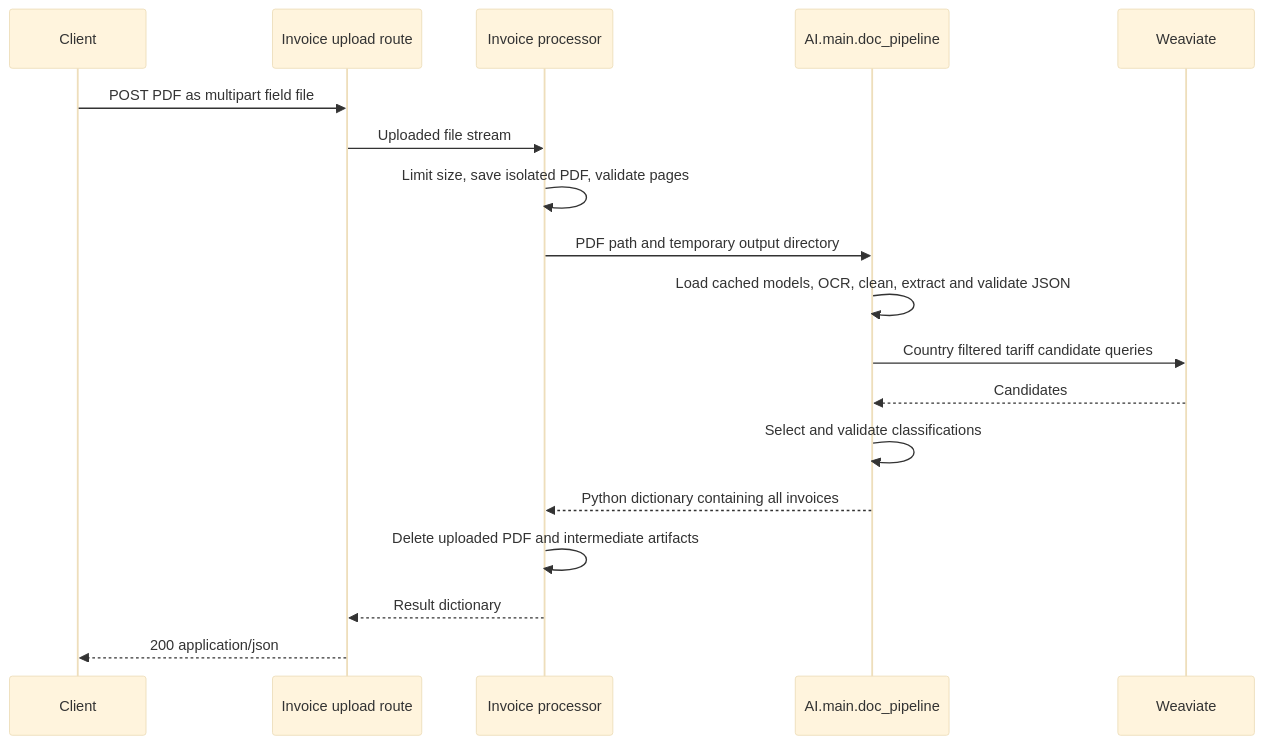
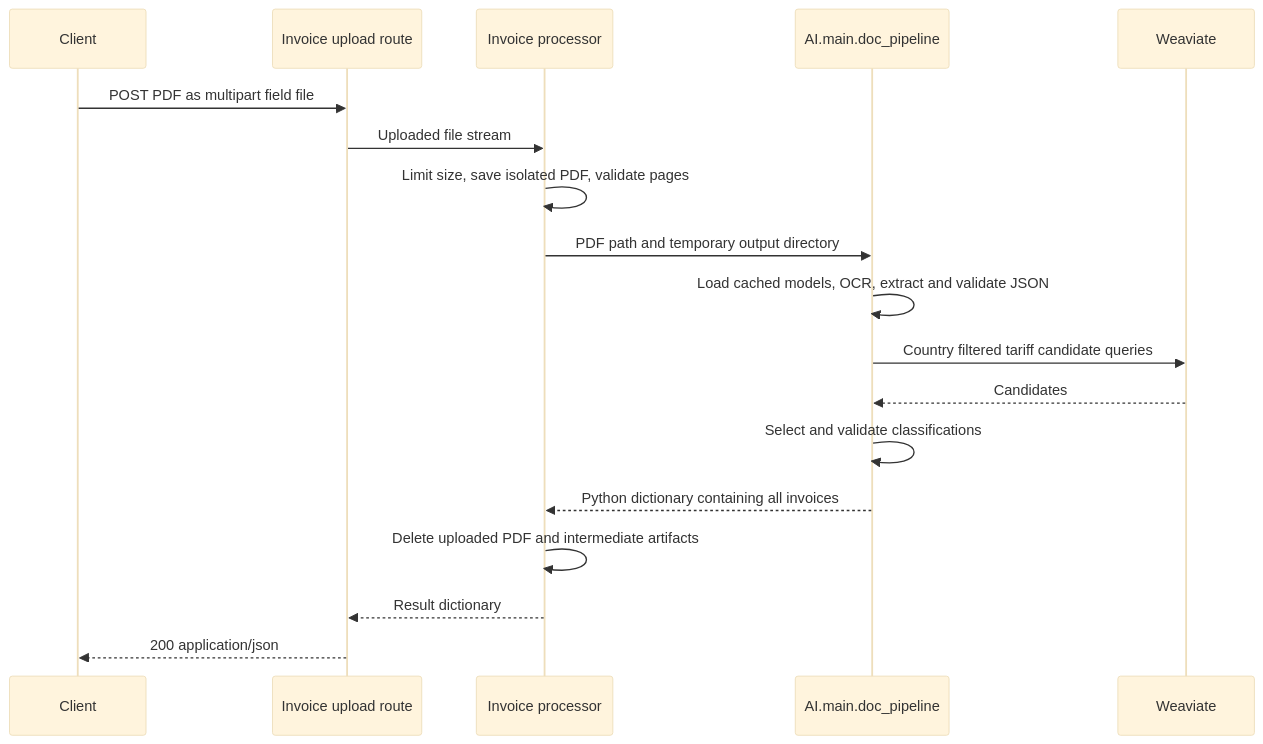
One commit to Bugslogger/ocr-ai changed the diagram in server/README.md. Above: the diagram before and after it, drawn with Mermaid (base theme). The commit also changed other lines of this file and 11 other files, not shown here.

````diff
--- a/server/README.md
+++ b/server/README.md
@@ -423,20 +423,20 @@
 ```mermaid
 sequenceDiagram
     participant Client
     participant API as Invoice upload route
     participant Service as Invoice processor
     participant AI as AI.main.doc_pipeline
     participant DB as Weaviate
     Client->>API: POST PDF as multipart field file
     API->>Service: Uploaded file stream
     Service->>Service: Limit size, save isolated PDF, validate pages
     Service->>AI: PDF path and temporary output directory
-    AI->>AI: Load cached models, OCR, clean, extract and validate JSON
+    AI->>AI: Load cached models, OCR, extract and validate JSON
     AI->>DB: Country filtered tariff candidate queries
     DB-->>AI: Candidates
     AI->>AI: Select and validate classifications
     AI-->>Service: Python dictionary containing all invoices
     Service->>Service: Delete uploaded PDF and intermediate artifacts
     Service-->>API: Result dictionary
     API-->>Client: 200 application/json
 ```
````
